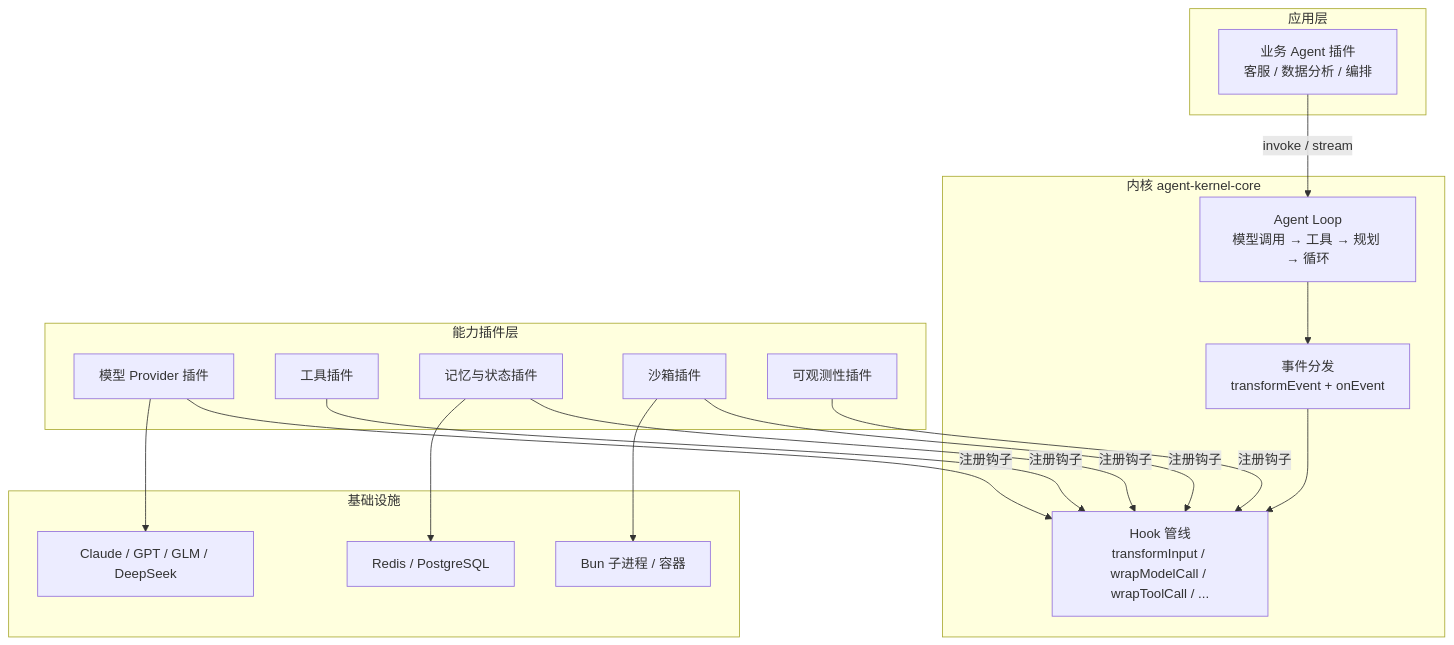
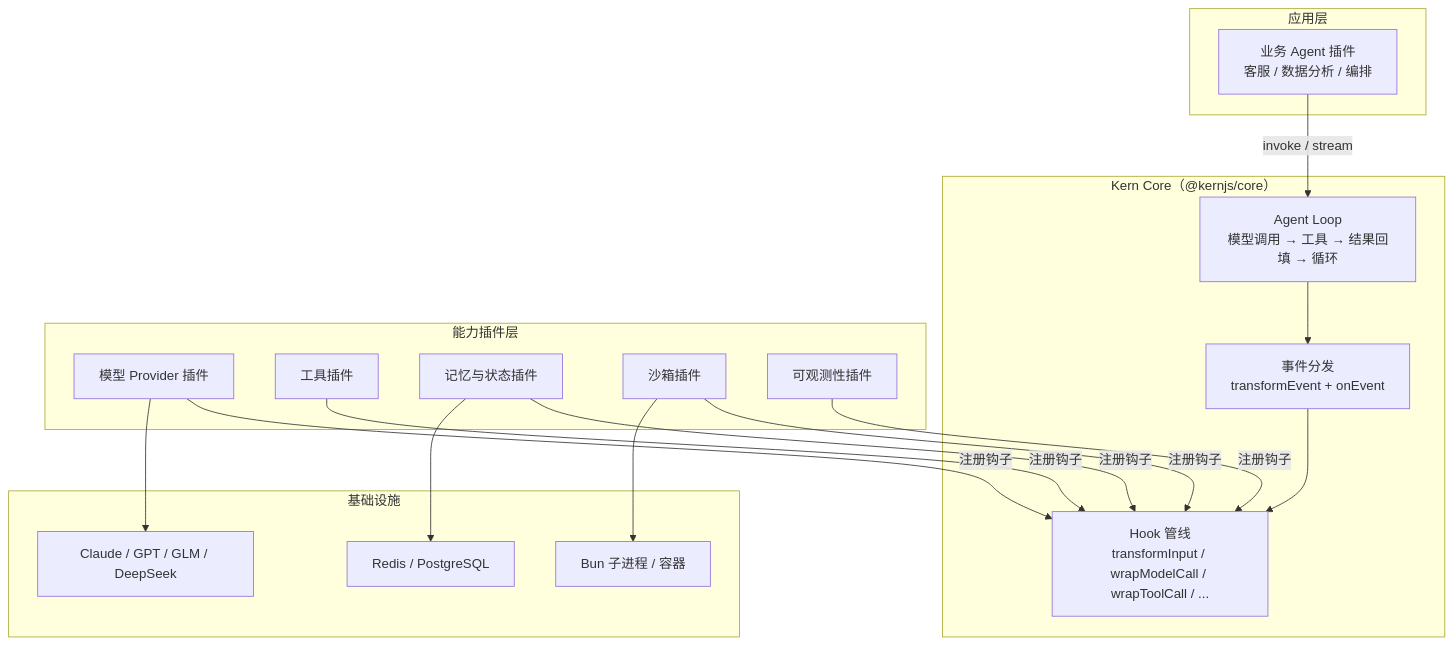
The first of 2 diagrams in src/artificial-intelligence/agent/agent-kernel/readme.md (belos-street/kb-vault), drawn with Mermaid before and after one commit. The commit also changed other lines of this file and 47 other files, not shown here.

Commit message:
feat: 新增 agent-kernel spikes 目录及核心实现文件

````diff
--- a/src/artificial-intelligence/agent/agent-kernel/readme.md
+++ b/src/artificial-intelligence/agent/agent-kernel/readme.md
@@ -36,34 +69,34 @@
 ```mermaid
 graph TB
     subgraph APP[应用层]
         A[业务 Agent 插件<br/>客服 / 数据分析 / 编排]
     end
-    subgraph CORE[内核 agent-kernel-core]
-        B[Agent Loop<br/>模型调用 → 工具 → 规划 → 循环]
+    subgraph CORE[Kern Core（@kernjs/core）]
+        B[Agent Loop<br/>模型调用 → 工具 → 结果回填 → 循环]
         C[事件分发<br/>transformEvent + onEvent]
         D[Hook 管线<br/>transformInput / wrapModelCall / wrapToolCall / ...]
     end
     subgraph PLUGINS[能力插件层]
         E[模型 Provider 插件]
         F[工具插件]
         G[记忆与状态插件]
         H[沙箱插件]
         I[可观测性插件]
     end
     subgraph INFRA[基础设施]
         J[Claude / GPT / GLM / DeepSeek]
         K[Redis / PostgreSQL]
         L[Bun 子进程 / 容器]
     end
     A -->|invoke / stream| B
     B --> C
     C --> D
     E -->|注册钩子| D
     F -->|注册钩子| D
     G -->|注册钩子| D
     H -->|注册钩子| D
     I -->|注册钩子| D
     E --> J
     G --> K
     H --> L
 ```
````
